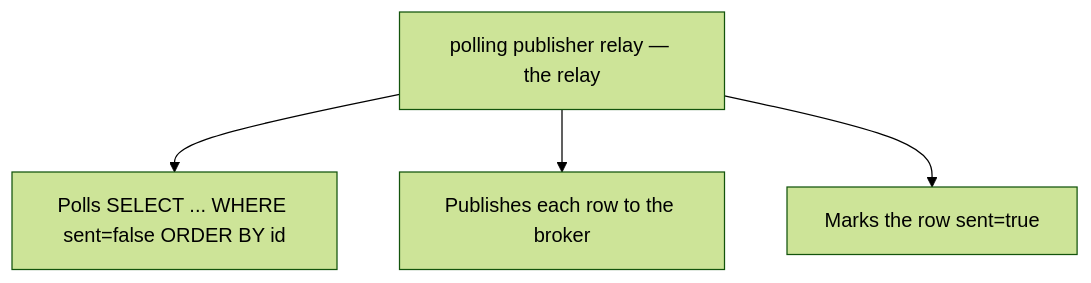
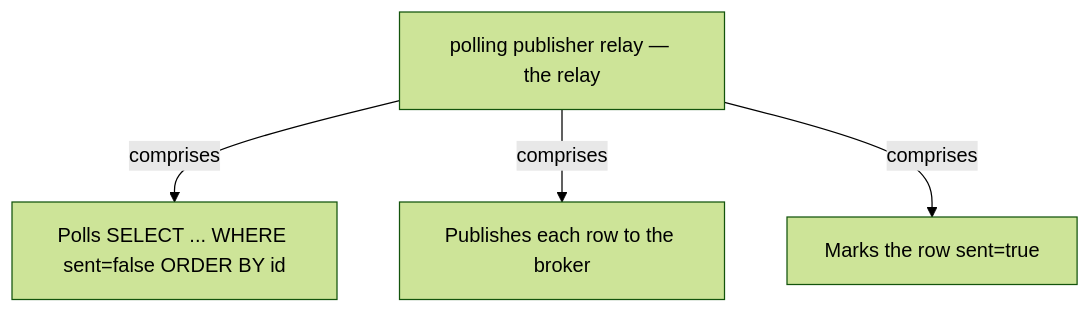
One commit to vinayakuber/microservices-io-study-guide changed the fifth of 13 diagrams in docs/ch12-polling-publisher.md. Above: the diagram before and after it, drawn with Mermaid (forest theme). The commit also changed other lines of this file and 71 other files, not shown here.

First line of the commit message:
R18: label every diagram arrow with its meaning

````diff
--- a/docs/ch12-polling-publisher.md
+++ b/docs/ch12-polling-publisher.md
@@ -186,7 +186,7 @@
 ```mermaid
 flowchart TD
   R["polling publisher relay — the relay"]
-  R --> P0["Polls SELECT ... WHERE sent=false ORDER BY id"]
-  R --> P1["Publishes each row to the broker"]
-  R --> P2["Marks the row sent=true"]
+  R -->|"comprises"| P0["Polls SELECT ... WHERE sent=false ORDER BY id"]
+  R -->|"comprises"| P1["Publishes each row to the broker"]
+  R -->|"comprises"| P2["Marks the row sent=true"]
 ```
````
